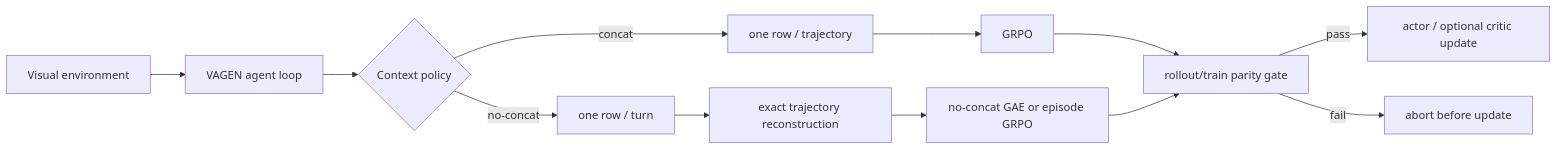
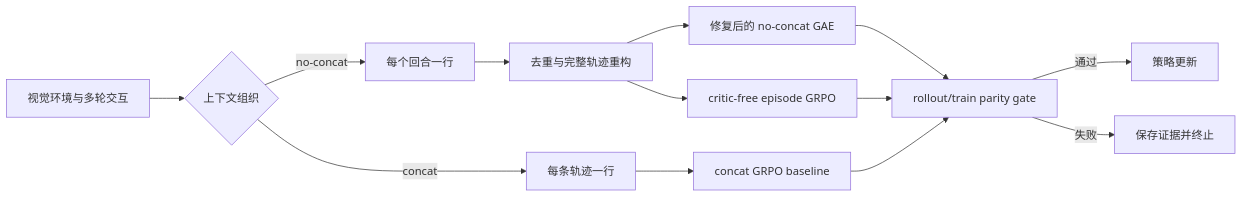
One commit to liuqjjin/vlm-agent-rl changed the diagram in README.md. Above: the diagram before and after it, drawn with Mermaid. The commit also changed other lines of this file and 78 other files, not shown here.

````diff
--- a/README.md
+++ b/README.md
@@ -49,14 +43,15 @@
 ```mermaid
 flowchart LR
-    E["Visual environment"] --> L["VAGEN agent loop"]
-    L --> C{"Context policy"}
-    C -->|"concat"| CT["one row / trajectory"]
-    C -->|"no-concat"| NT["one row / turn"]
-    NT --> R["exact trajectory reconstruction"]
-    CT --> A["GRPO"]
-    R --> G["no-concat GAE or episode GRPO"]
-    A --> P["rollout/train parity gate"]
-    G --> P
-    P -->|"pass"| U["actor / optional critic update"]
-    P -->|"fail"| X["abort before update"]
+    E["视觉环境与多轮交互"] --> C{"上下文组织"}
+    C -->|"concat"| T["每条轨迹一行"]
+    C -->|"no-concat"| U["每个回合一行"]
+    T --> B["concat GRPO baseline"]
+    U --> R["去重与完整轨迹重构"]
+    R --> G["修复后的 no-concat GAE"]
+    R --> P["critic-free episode GRPO"]
+    G --> Q["rollout/train parity gate"]
+    P --> Q
+    B --> Q
+    Q -->|"通过"| O["策略更新"]
+    Q -->|"失败"| X["保存证据并终止"]
 ```
````
